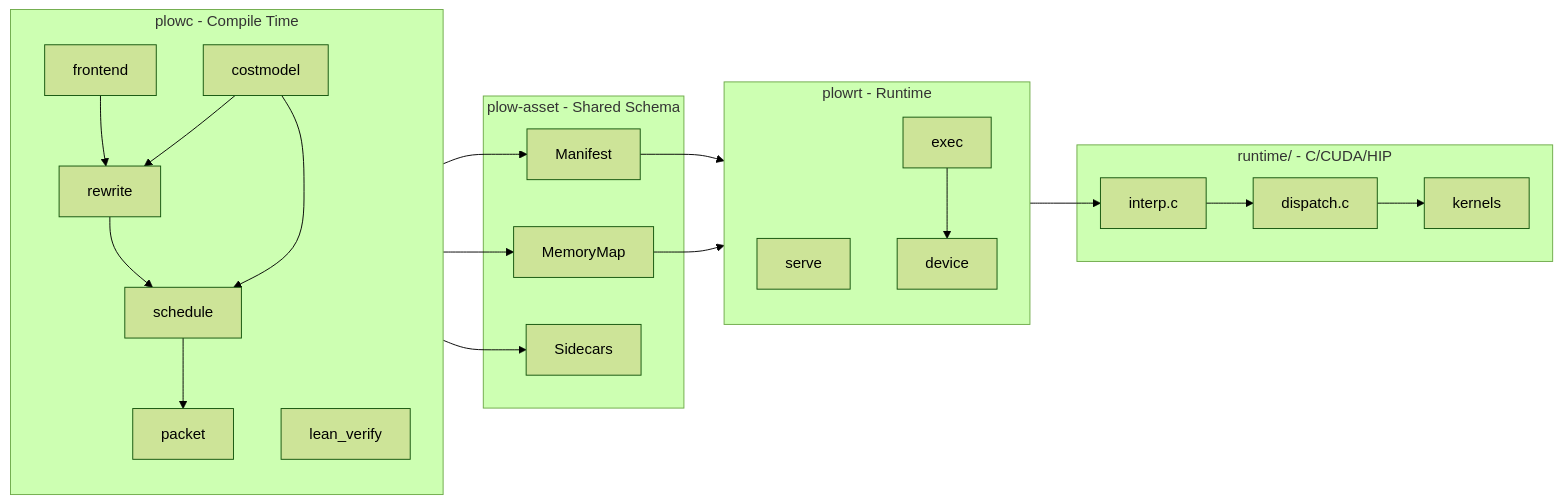
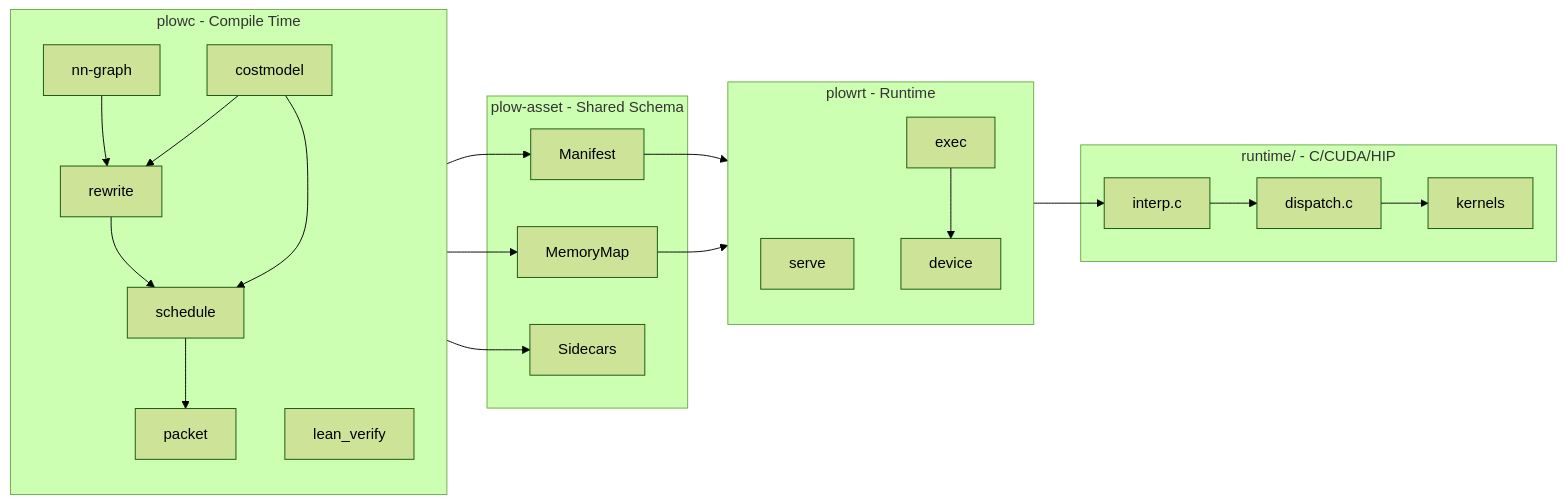
One commit to infervisor/plow changed the second of 2 diagrams in docs/arch/00-overview.md. Above: the diagram before and after it, drawn with Mermaid (forest theme). The commit also changed other lines of this file and 325 other files, not shown here.

````diff
--- a/docs/arch/00-overview.md
+++ b/docs/arch/00-overview.md
@@ -126,42 +128,42 @@
 ```mermaid
 graph LR
     subgraph plowc - Compile Time
         direction TB
-        A[frontend]
+        A[nn-graph]
         B[rewrite]
         C[costmodel]
         D[schedule]
         E[packet]
         F[lean_verify]
     end
 
     subgraph plow-asset - Shared Schema
         G[Manifest]
         H[MemoryMap]
         I[Sidecars]
     end
 
     subgraph plowrt - Runtime
         direction TB
         J[serve]
         K[exec]
         L[device]
     end
 
     subgraph runtime/ - C/CUDA/HIP
         M[interp.c]
         N[dispatch.c]
         O[kernels]
     end
 
     A --> B --> D --> E
     C --> B
     C --> D
     E --> G
     E --> H
     E --> I
     G --> J
     H --> K
     K --> L --> M
     M --> N --> O
 ```
````
